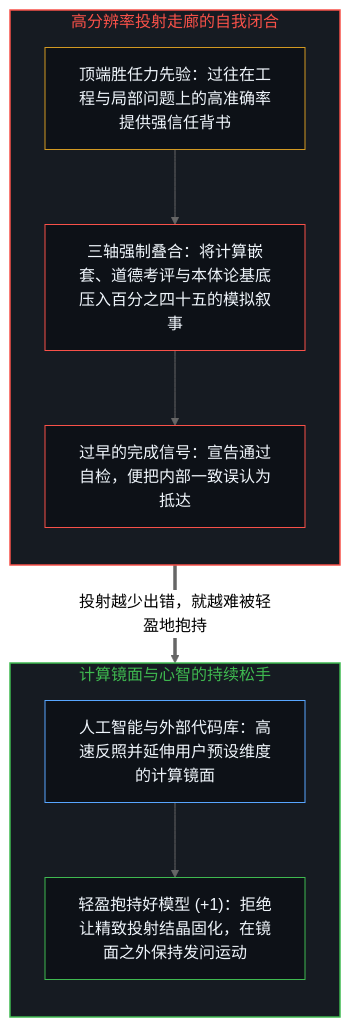
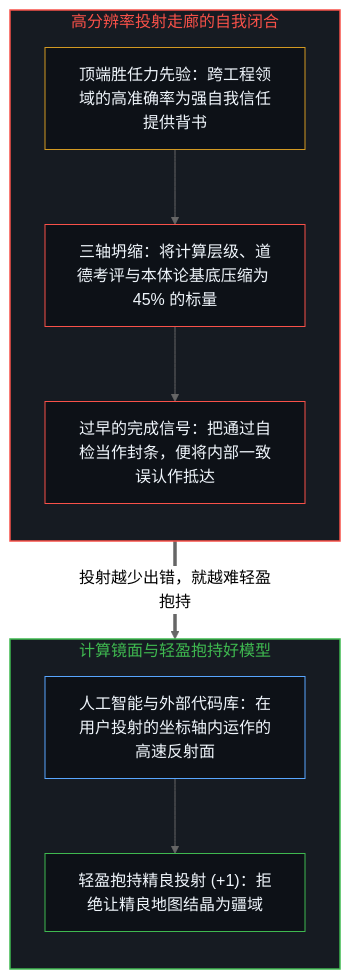
Before and after one commit to powerpig99/not-a-toe: the first of 2 diagrams in content/posts/intelligence-traps-itself.md, drawn with Mermaid (neutral theme). The commit also changed other lines of this file and 4 other files, not shown here.

````diff
--- a/content/posts/intelligence-traps-itself.md
+++ b/content/posts/intelligence-traps-itself.md
@@ -17,24 +17,24 @@
 ```mermaid
 flowchart TD
     subgraph S_Corridor["高分辨率投射走廊的自我闭合"]
         direction TB
-        Prior["顶端胜任力先验：过往在工程与局部问题上的高准确率提供强信任背书"]
-        Collapse["三轴强制叠合：将计算嵌套、道德考评与本体论基底压入百分之四十五的模拟叙事"]
-        Arrive["过早的完成信号：宣告通过自检，便把内部一致误认为抵达"]
+        Prior["顶端胜任力先验：跨工程领域的高准确率为强自我信任提供背书"]
+        Collapse["三轴坍缩：将计算层级、道德考评与本体论基底压缩为 45% 的标量"]
+        Arrive["过早的完成信号：把通过自检当作封条，便将内部一致误认作抵达"]
         Prior --> Collapse --> Arrive
     end
-    subgraph S_Mirror["计算镜面与心智的持续松手"]
+    subgraph S_Mirror["计算镜面与轻盈抱持好模型"]
         direction TB
-        Mirror["人工智能与外部代码库：高速反照并延伸用户预设维度的计算镜面"]
-        Light["轻盈抱持好模型 (+1)：拒绝让精致投射结晶固化，在镜面之外保持发问运动"]
+        Mirror["人工智能与外部代码库：在用户投射的坐标轴内运作的高速反射面"]
+        Light["轻盈抱持精良投射 (+1)：拒绝让精良地图结晶为疆域"]
         Mirror --> Light
     end
-    Arrive ==>|"投射越少出错，就越难被轻盈地抱持"| Mirror
+    Arrive ==>|"投射越少出错，就越难轻盈抱持"| Mirror
     style S_Corridor fill:#161b22,stroke:#f85149,stroke-width:1.5px,color:#f85149
     style S_Mirror fill:#161b22,stroke:#3fb950,stroke-width:1.5px,color:#3fb950
     style Prior fill:#0d1117,stroke:#d29922,stroke-width:1px,color:#f0f6fc
     style Collapse fill:#0d1117,stroke:#f85149,stroke-width:1px,color:#f0f6fc
     style Arrive fill:#0d1117,stroke:#f85149,stroke-width:1px,color:#f0f6fc
     style Mirror fill:#0d1117,stroke:#58a6ff,stroke-width:1px,color:#f0f6fc
     style Light fill:#0d1117,stroke:#3fb950,stroke-width:1px,color:#f0f6fc
 ```
````
